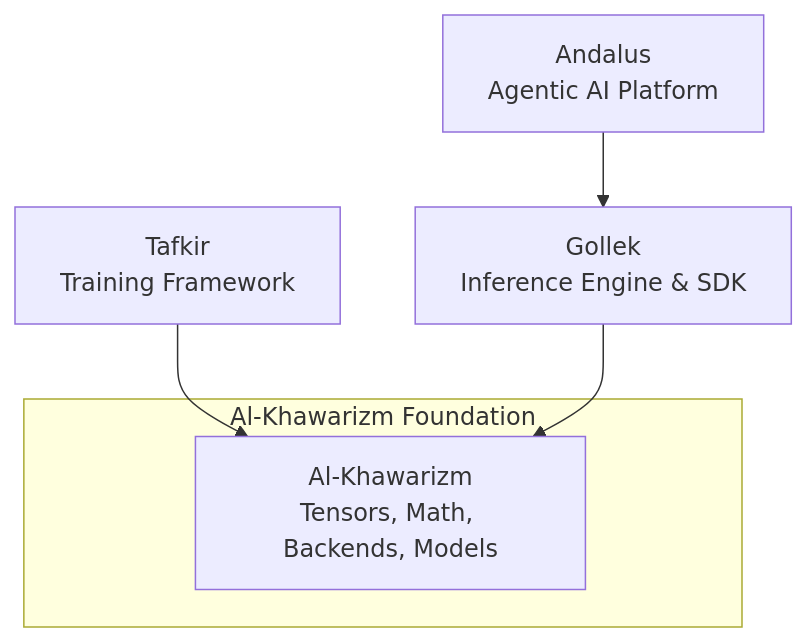
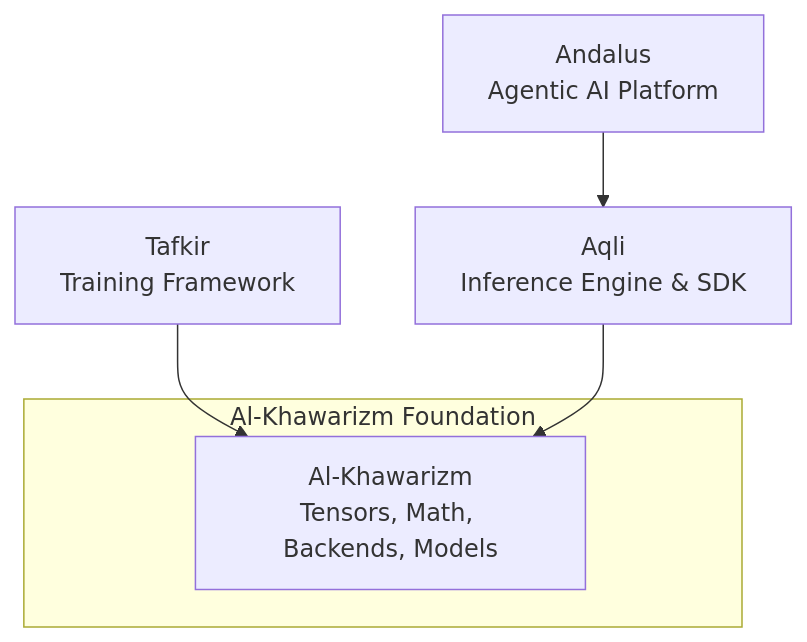
Before and after one commit to bhangun/alkhawarizm: the first of 2 diagrams in README.md, drawn with Mermaid. The commit also changed other lines of this file and 47 other files, not shown here.

````diff
--- a/README.md
+++ b/README.md
@@ -15,10 +15,10 @@
 ```mermaid
 graph TD
     W[Andalus<br>Agentic AI Platform] --> G
     T[Tafkir<br>Training Framework] --> A
-    G[Gollek<br>Inference Engine & SDK] --> A
+    G[Aqli<br>Inference Engine & SDK] --> A
     
     subgraph Al-Khawarizm Foundation
     A[Al-Khawarizm<br>Tensors, Math, Backends, Models]
     end
 ```
````
